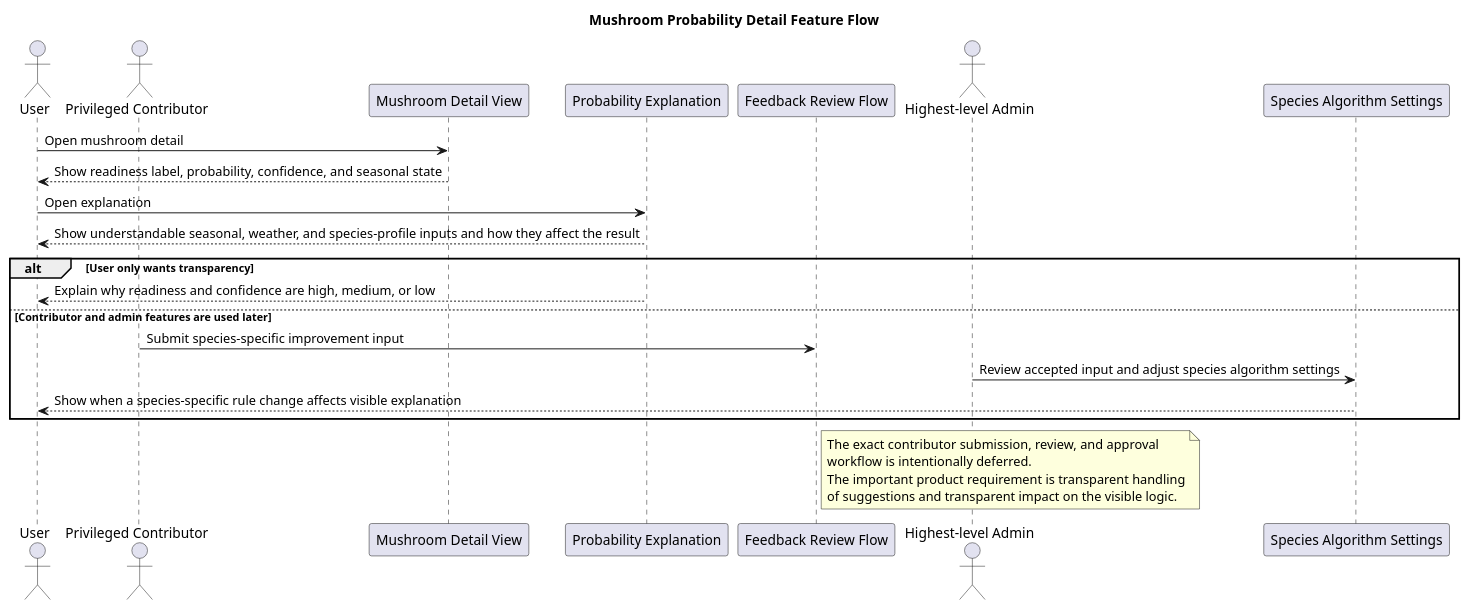
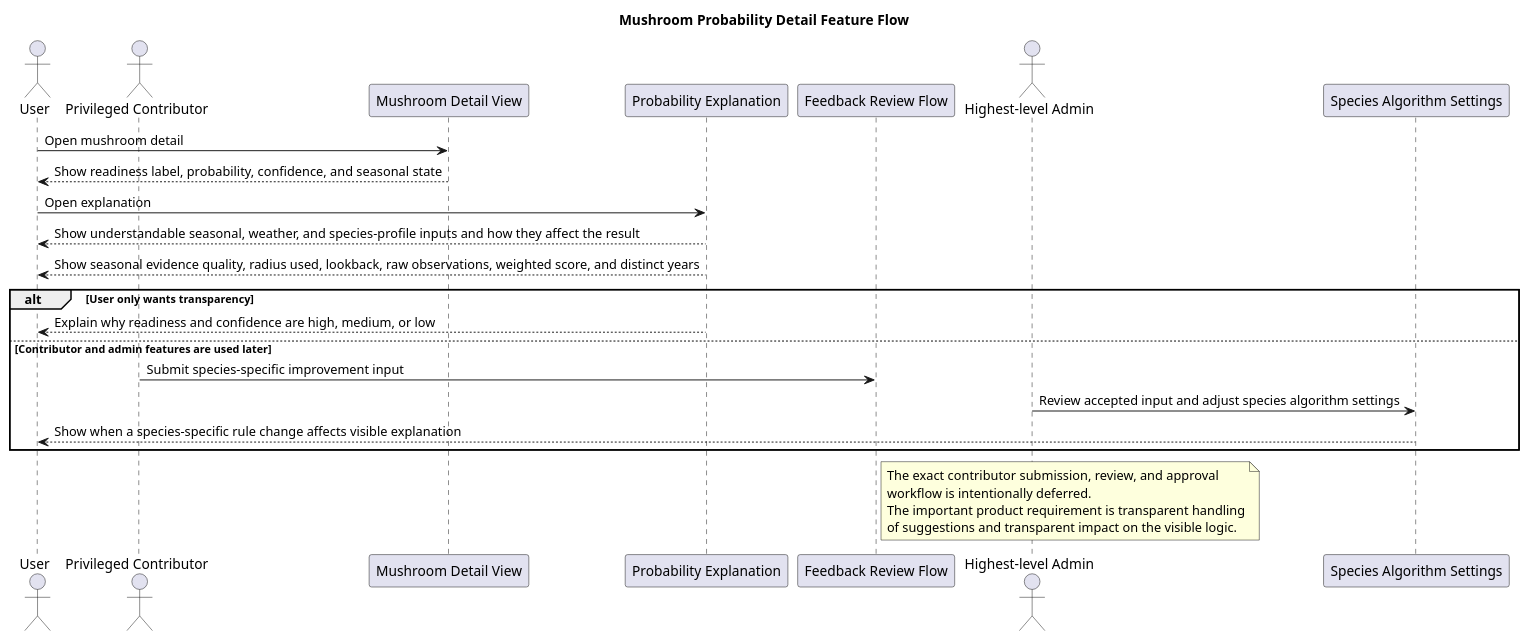
The diagram in docs/uml/feature-mushroom-probability.puml (OscarFilip/mushroom-mood), drawn with PlantUML before and after one commit. The commit also changed 22 other files, not shown here.

```diff
--- a/docs/uml/feature-mushroom-probability.puml
+++ b/docs/uml/feature-mushroom-probability.puml
@@ -1,35 +1,36 @@
 @startuml feature-mushroom-probability
 title Mushroom Probability Detail Feature Flow
 
-' Status: Planned
+' Status: Mixed - implemented explanation flow, later contributor/admin flow still planned
 
 actor User
 actor "Privileged Contributor" as Contributor
 participant "Mushroom Detail View" as MushroomDetailView
 participant "Probability Explanation" as ProbabilityExplanation
 participant "Feedback Review Flow" as FeedbackReviewFlow
 actor "Highest-level Admin" as Admin
 participant "Species Algorithm Settings" as SpeciesAlgorithmSettings
 
 User -> MushroomDetailView: Open mushroom detail
 MushroomDetailView --> User: Show readiness label, probability, confidence, and seasonal state
 
 User -> ProbabilityExplanation: Open explanation
 ProbabilityExplanation --> User: Show understandable seasonal, weather, and species-profile inputs and how they affect the result
+ProbabilityExplanation --> User: Show seasonal evidence quality, radius used, lookback, raw observations, weighted score, and distinct years
 
 alt User only wants transparency
 	ProbabilityExplanation --> User: Explain why readiness and confidence are high, medium, or low
 else Contributor and admin features are used later
 	Contributor -> FeedbackReviewFlow: Submit species-specific improvement input
 	Admin -> SpeciesAlgorithmSettings: Review accepted input and adjust species algorithm settings
 	SpeciesAlgorithmSettings --> User: Show when a species-specific rule change affects visible explanation
 end
 
 note right of FeedbackReviewFlow
 The exact contributor submission, review, and approval
 workflow is intentionally deferred.
 The important product requirement is transparent handling
 of suggestions and transparent impact on the visible logic.
 end note
 
 @enduml
```
